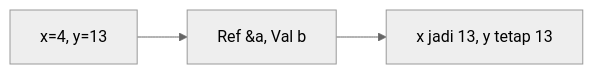
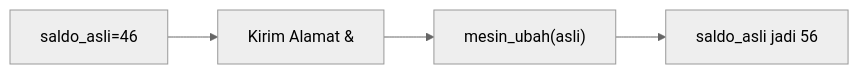
Before and after one commit to amnahwaida/OSNK_INF_PREP: diagram 13 of 25 in part-c-pemahaman-cpp/04-fungsi/latihan/set-05.md, drawn with Mermaid (neutral theme). The commit also changed other lines of this file and 71 other files, not shown here.

````diff
--- a/part-c-pemahaman-cpp/04-fungsi/latihan/set-05.md
+++ b/part-c-pemahaman-cpp/04-fungsi/latihan/set-05.md
@@ -341,5 +357,6 @@
 ```mermaid
 graph LR
-A["x=4, y=13"] --> B["Ref &a, Val b"]
-B --> C["x jadi 13, y tetap 13"]
+A["saldo_asli=46"] --> B["Kirim Alamat &"]
+B --> C["mesin_ubah(asli)"]
+C --> D["saldo_asli jadi 56"]
 ```
````
